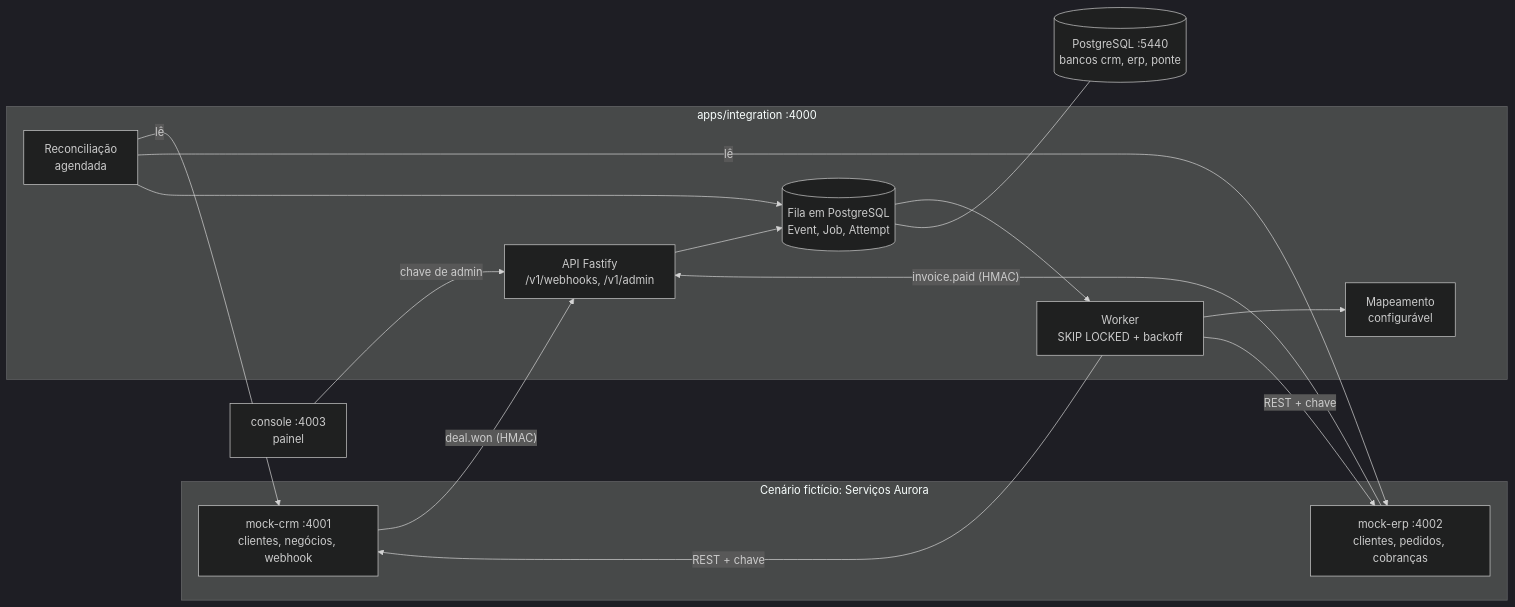
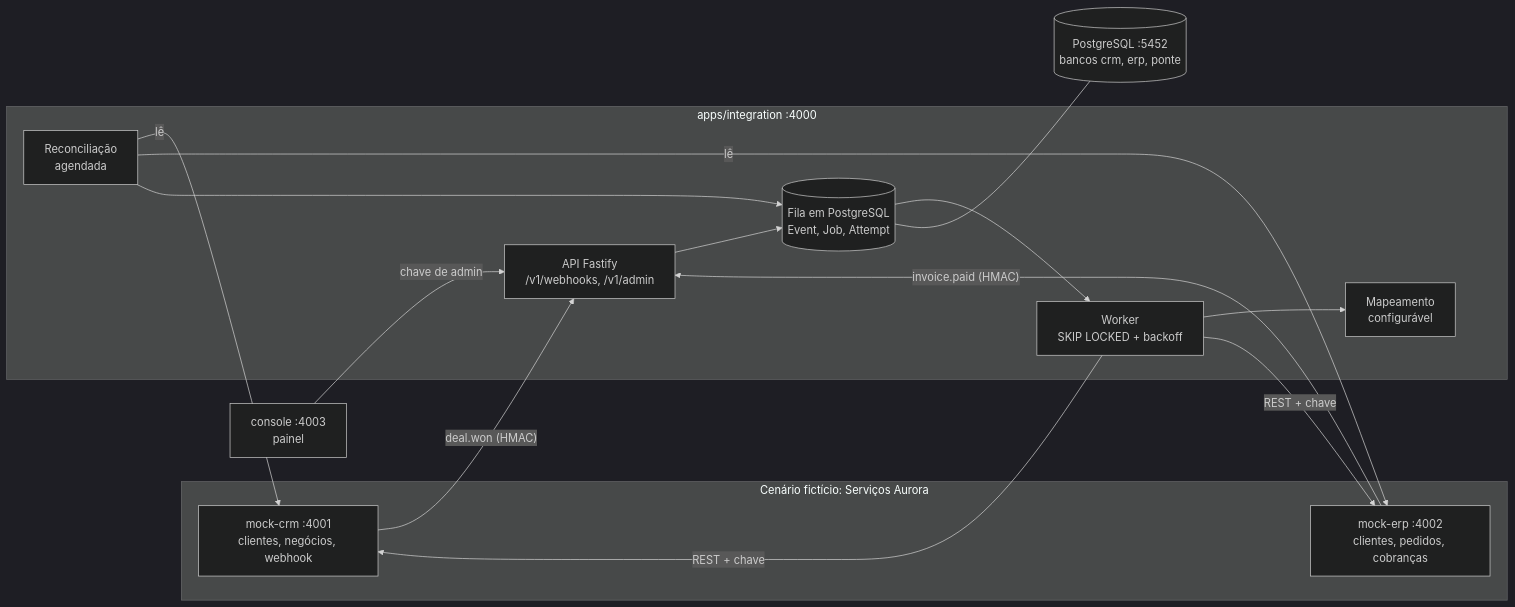
The diagram in docs/03-arquitetura/01-visao-geral.md (Joaogabrielmaia/API-and-webhook-integration), drawn with Mermaid (dark theme) before and after one commit. The commit also changed 20 other files, not shown here.

````diff
--- a/docs/03-arquitetura/01-visao-geral.md
+++ b/docs/03-arquitetura/01-visao-geral.md
@@ -5,29 +5,29 @@
 ```mermaid
 flowchart LR
     subgraph Aurora[Cenário fictício: Serviços Aurora]
         CRM[mock-crm :4001<br/>clientes, negócios, webhook]
         ERP[mock-erp :4002<br/>clientes, pedidos, cobranças]
     end
     subgraph Ponte[apps/integration :4000]
         API[API Fastify<br/>/v1/webhooks, /v1/admin]
         Q[(Fila em PostgreSQL<br/>Event, Job, Attempt)]
         W[Worker<br/>SKIP LOCKED + backoff]
         MAP[Mapeamento<br/>configurável]
         REC[Reconciliação<br/>agendada]
     end
     CON[console :4003<br/>painel]
-    DB[(PostgreSQL :5440<br/>bancos crm, erp, ponte)]
+    DB[(PostgreSQL :5452<br/>bancos crm, erp, ponte)]
 
     CRM -- "deal.won (HMAC)" --> API
     ERP -- "invoice.paid (HMAC)" --> API
     API --> Q
     Q --> W
     W --> MAP
     W -- "REST + chave" --> ERP
     W -- "REST + chave" --> CRM
     REC -- "lê" --> CRM
     REC -- "lê" --> ERP
     REC --> Q
     CON -- "chave de admin" --> API
     Q --- DB
 ```
````
